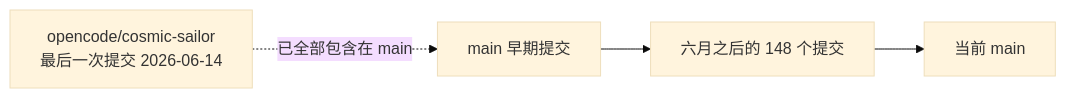
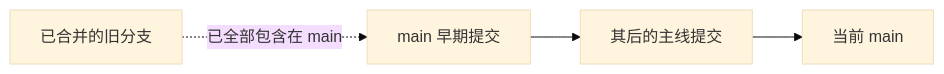
One commit to TC635807/TC63PersonalWebsite changed the first of 2 diagrams in docs/35-工程与发布/01-Git与分支流程/02-分支与主线的关系.md. Above: the diagram before and after it, drawn with Mermaid (base theme). The commit also changed other lines of this file and 563 other files, not shown here.

````diff
--- a/docs/35-工程与发布/01-Git与分支流程/02-分支与主线的关系.md
+++ b/docs/35-工程与发布/01-Git与分支流程/02-分支与主线的关系.md
@@ -23,6 +25,6 @@
 ```mermaid
 flowchart LR
-  M1["main 早期提交"] --> M2["六月之后的 148 个提交"]
+  M1["main 早期提交"] --> M2["其后的主线提交"]
   M2 --> M3["当前 main"]
-  B["opencode/cosmic-sailor<br/>最后一次提交 2026-06-14"] -.->|"已全部包含在 main"| M1
+  B["已合并的旧分支"] -.->|"已全部包含在 main"| M1
 ```
````
